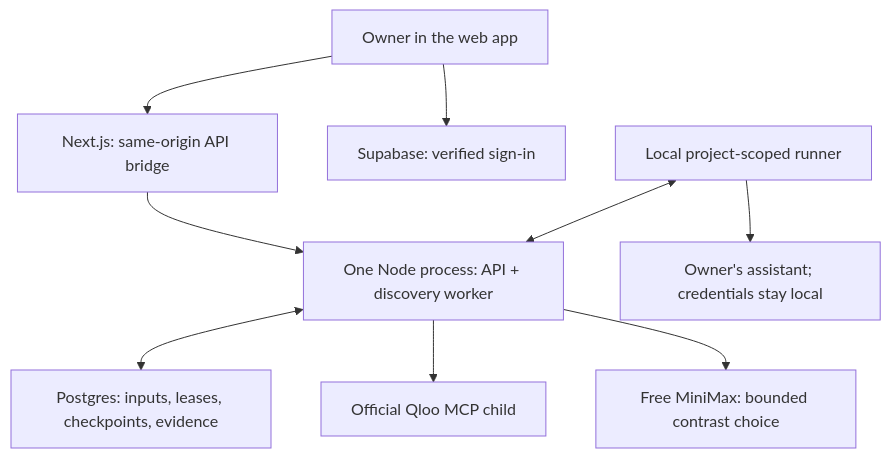
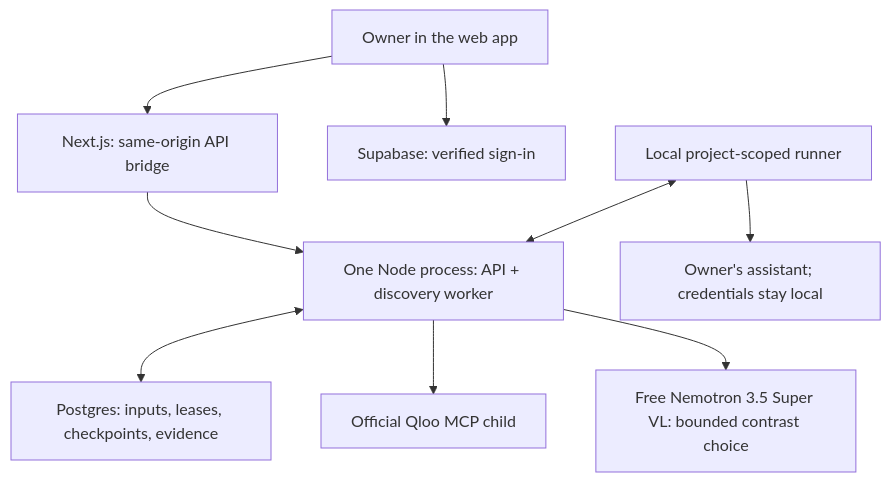
The second of 2 diagrams in README.md (CryptoZephyr/tastecase), drawn with Mermaid before and after one commit. The commit also changed other lines of this file and 12 other files, not shown here.

Commit message:
Switch free model to Nemotron 3.5 Super VL after MiniMax free route was delisted

````diff
--- a/README.md
+++ b/README.md
@@ -69,11 +69,11 @@
 ```mermaid
 flowchart TB
   Owner["Owner in the web app"] --> Web["Next.js: same-origin API bridge"]
   Owner --> Auth["Supabase: verified sign-in"]
   Web --> Backend["One Node process: API + discovery worker"]
   Backend <--> DB["Postgres: inputs, leases, checkpoints, evidence"]
   Backend --> MCP["Official Qloo MCP child"]
-  Backend --> Model["Free MiniMax: bounded contrast choice"]
+  Backend --> Model["Free Nemotron 3.5 Super VL: bounded contrast choice"]
   Runner["Local project-scoped runner"] <--> Backend
   Runner --> Target["Owner's assistant; credentials stay local"]
 ```
````
